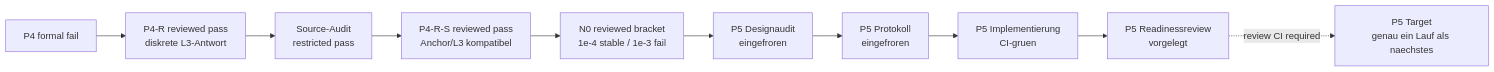
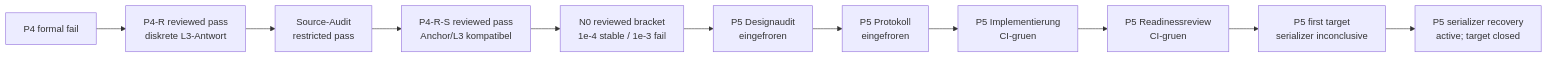
One commit to MemoryDynamics/Knoten changed the diagram in docs/status/project_priorities.md. Above: the diagram before and after it, drawn with Mermaid. The commit also changed other lines of this file and 12 other files, not shown here.

````diff
--- a/docs/status/project_priorities.md
+++ b/docs/status/project_priorities.md
@@ -31,15 +32,16 @@
 ```mermaid
 flowchart LR
     p4["P4 formal fail"]
     p4r["P4-R reviewed pass<br/>diskrete L3-Antwort"]
     source["Source-Audit<br/>restricted pass"]
     p4rs["P4-R-S reviewed pass<br/>Anchor/L3 kompatibel"]
     n0["N0 reviewed bracket<br/>1e-4 stable / 1e-3 fail"]
     p5d["P5 Designaudit<br/>eingefroren"]
     p5p["P5 Protokoll<br/>eingefroren"]
     p5i["P5 Implementierung<br/>CI-gruen"]
-    p5r["P5 Readinessreview<br/>vorgelegt"]
-    p5t["P5 Target<br/>genau ein Lauf als naechstes"]
+    p5r["P5 Readinessreview<br/>CI-gruen"]
+    p5t["P5 first target<br/>serializer inconclusive"]
+    p5x["P5 serializer recovery<br/>active; target closed"]
 
-    p4 --> p4r --> source --> p4rs --> n0 --> p5d --> p5p --> p5i --> p5r -. review CI required .-> p5t
+    p4 --> p4r --> source --> p4rs --> n0 --> p5d --> p5p --> p5i --> p5r --> p5t --> p5x
 ```
````
